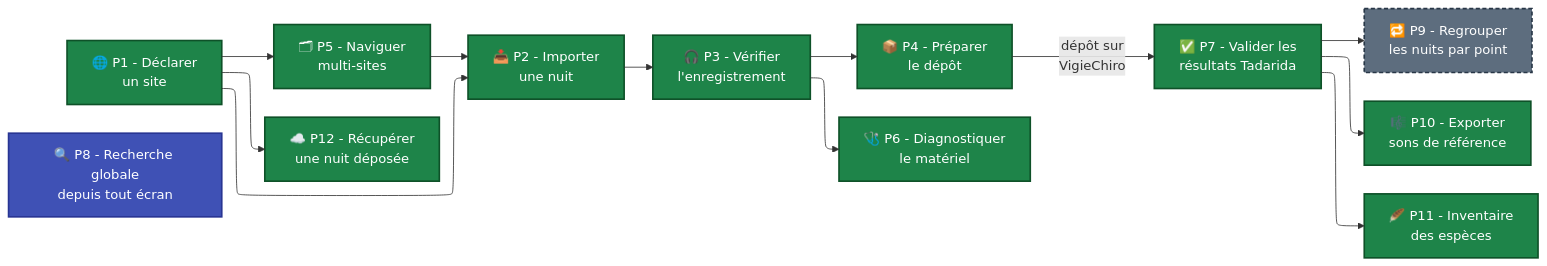
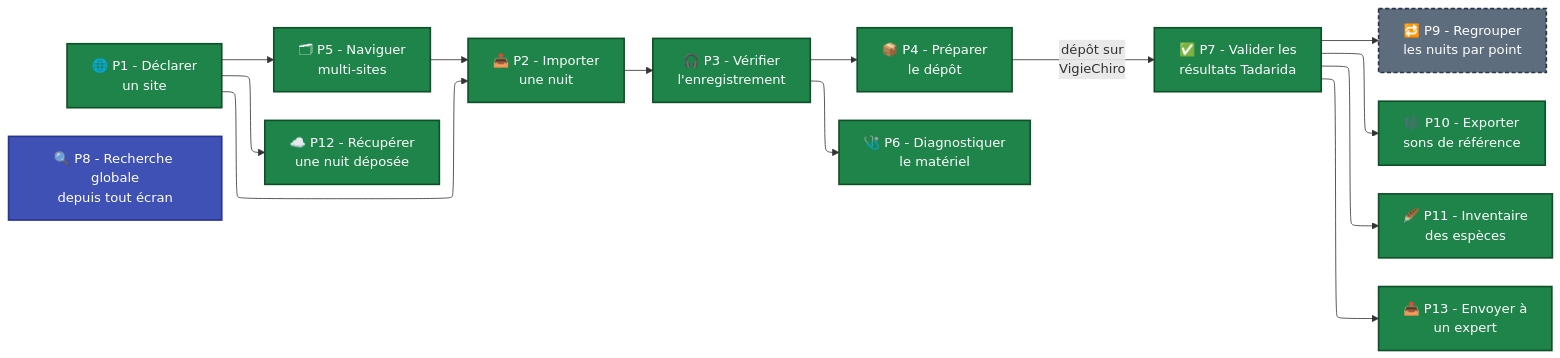
Before and after one commit to echonuit/vigiechiro-pr-companion: the diagram in brief/docs/Analyse et conception/Parcours utilisateurs/index.md, drawn with Mermaid. The commit also changed other lines of this file and 2 other files, not shown here.

````diff
--- a/brief/docs/Analyse et conception/Parcours utilisateurs/index.md
+++ b/brief/docs/Analyse et conception/Parcours utilisateurs/index.md
@@ -36,26 +37,27 @@
 ```mermaid
 %%{init: {"flowchart": {"defaultRenderer": "elk"}, "themeCSS": ".nodeLabel, .nodeLabel p, .nodeLabel span { color: #fff !important; fill: #fff !important; }"}}%%
 flowchart LR
     P1[🌐 P1 - Déclarer<br/>un site] --> P2[📥 P2 - Importer<br/>une nuit]
     P2 --> P3[🎧 P3 - Vérifier<br/>l'enregistrement]
     P3 --> P4[📦 P4 - Préparer<br/>le dépôt]
     P4 -->|dépôt sur<br/>VigieChiro| P7[✅ P7 - Valider les<br/>résultats Tadarida]
 
     P1 --> P5[🗂 P5 - Naviguer<br/>multi-sites]
     P5 --> P2
     P3 --> P6[🩺 P6 - Diagnostiquer<br/>le matériel]
     P1 --> P12[☁️ P12 - Récupérer<br/>une nuit déposée]
 
     P7 --> P9[🔁 P9 - Regrouper<br/>les nuits par point]
     P7 --> P10[🎼 P10 - Exporter<br/>sons de référence]
     P7 --> P11[🪶 P11 - Inventaire<br/>des espèces]
+    P7 --> P13[📤 P13 - Envoyer à<br/>un expert]
 
     P8[🔍 P8 - Recherche globale<br/>depuis tout écran]
 
     classDef livre fill:#1e8449,stroke:#0e5128,color:#fff,stroke-width:2px
     classDef transverse fill:#3f51b5,stroke:#283593,color:#fff,stroke-width:2px
     classDef nonlivre fill:#5d6d7e,stroke:#283747,color:#fff,stroke-width:2px,stroke-dasharray:5 3
-    class P1,P2,P3,P4,P5,P6,P7,P10,P11,P12 livre
+    class P1,P2,P3,P4,P5,P6,P7,P10,P11,P12,P13 livre
     class P8 transverse
     class P9 nonlivre
 ```
````
